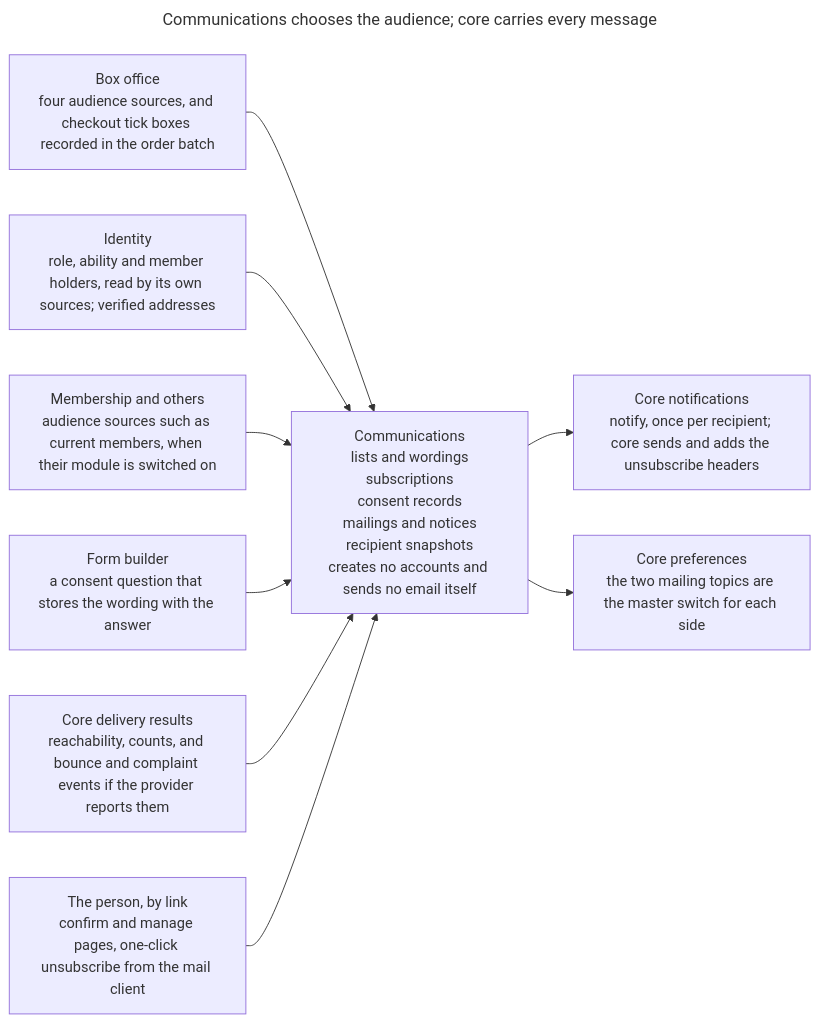
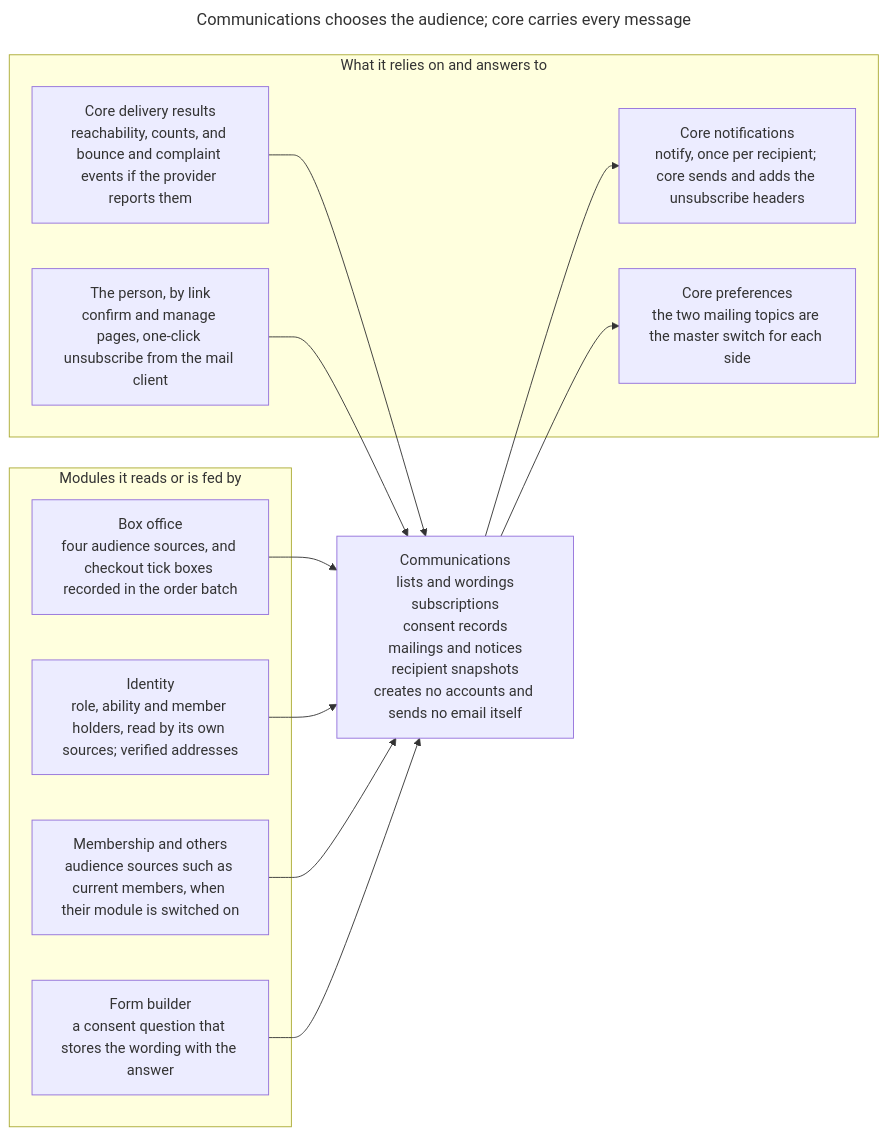
The diagram in docs/specs/communications/05-interface-to-other-modules.md (newtheatre/proscenium), drawn with Mermaid before and after one commit. The commit also changed other lines of this file and 65 other files, not shown here.

````diff
--- a/docs/specs/communications/05-interface-to-other-modules.md
+++ b/docs/specs/communications/05-interface-to-other-modules.md
@@ -5,15 +5,27 @@
 ```mermaid
 ---
 title: Communications chooses the audience; core carries every message
 ---
 flowchart LR
-  BO["Box office<br/>four audience sources, and checkout tick boxes recorded in the order batch"] --> C
-  ID["Identity<br/>role, ability and member holders, read by its own sources; verified addresses"] --> C
-  MB["Membership and others<br/>audience sources such as current members, when their module is switched on"] --> C
-  FB["Form builder<br/>a consent question that stores the wording with the answer"] --> C
+  subgraph LEFT["Modules it reads or is fed by"]
+    BO["Box office<br/>four audience sources, and checkout tick boxes recorded in the order batch"]
+    ID["Identity<br/>role, ability and member holders, read by its own sources; verified addresses"]
+    MB["Membership and others<br/>audience sources such as current members, when their module is switched on"]
+    FB["Form builder<br/>a consent question that stores the wording with the answer"]
+  end
+  subgraph RIGHT["What it relies on and answers to"]
+    CN["Core notifications<br/>notify, once per recipient; core sends and adds the unsubscribe headers"]
+    CP["Core preferences<br/>the two mailing topics are the master switch for each side"]
+    CR["Core delivery results<br/>reachability, counts, and bounce and complaint events if the provider reports them"]
+    PE["The person, by link<br/>confirm and manage pages, one-click unsubscribe from the mail client"]
+  end
+  BO --> C
+  ID --> C
+  MB --> C
+  FB --> C
   C["Communications<br/>lists and wordings<br/>subscriptions<br/>consent records<br/>mailings and notices<br/>recipient snapshots<br/>creates no accounts and sends no email itself"]
-  C --> CN["Core notifications<br/>notify, once per recipient; core sends and adds the unsubscribe headers"]
-  C --> CP["Core preferences<br/>the two mailing topics are the master switch for each side"]
-  CR["Core delivery results<br/>reachability, counts, and bounce and complaint events if the provider reports them"] --> C
-  PE["The person, by link<br/>confirm and manage pages, one-click unsubscribe from the mail client"] --> C
+  C --> CN
+  C --> CP
+  CR --> C
+  PE --> C
 ```
````
